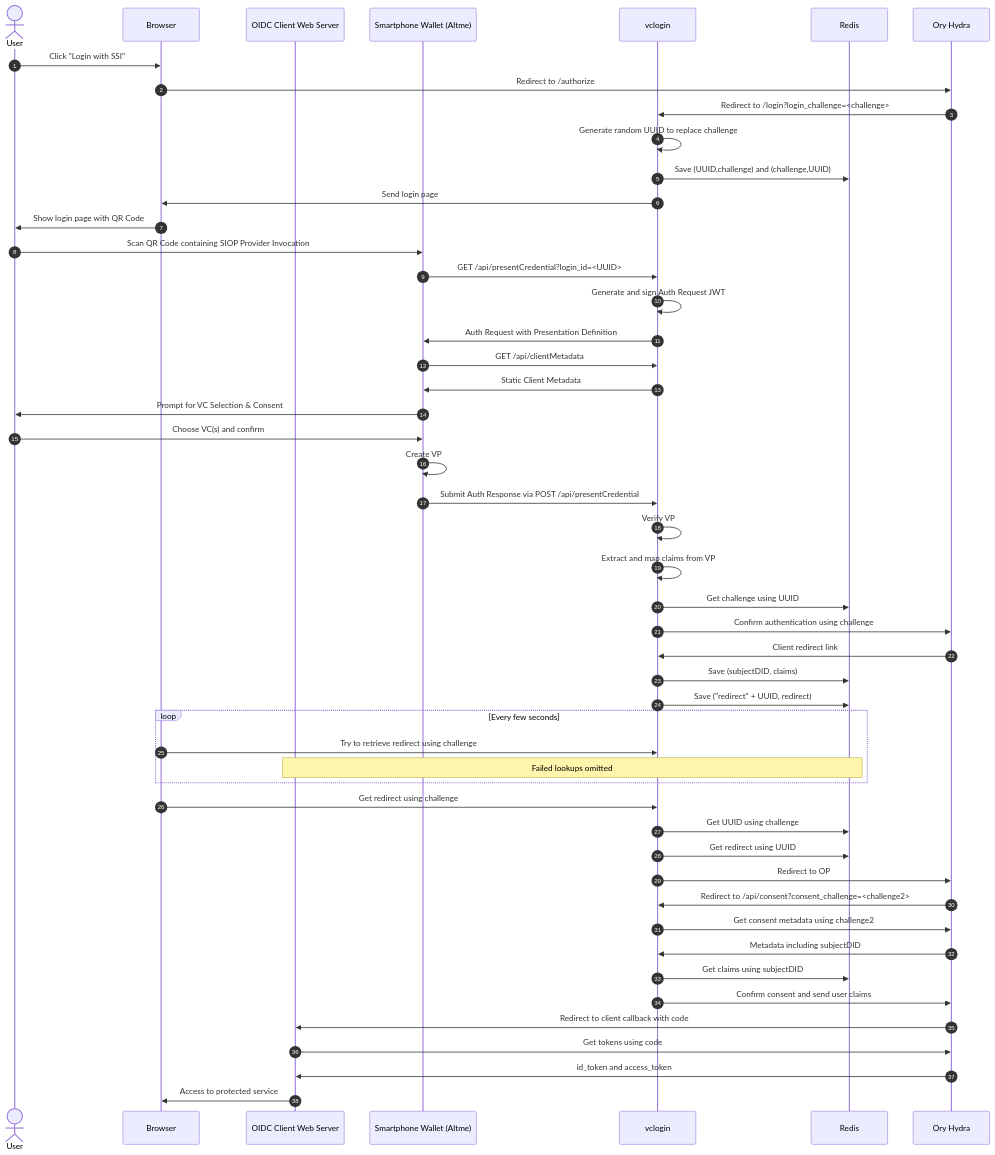
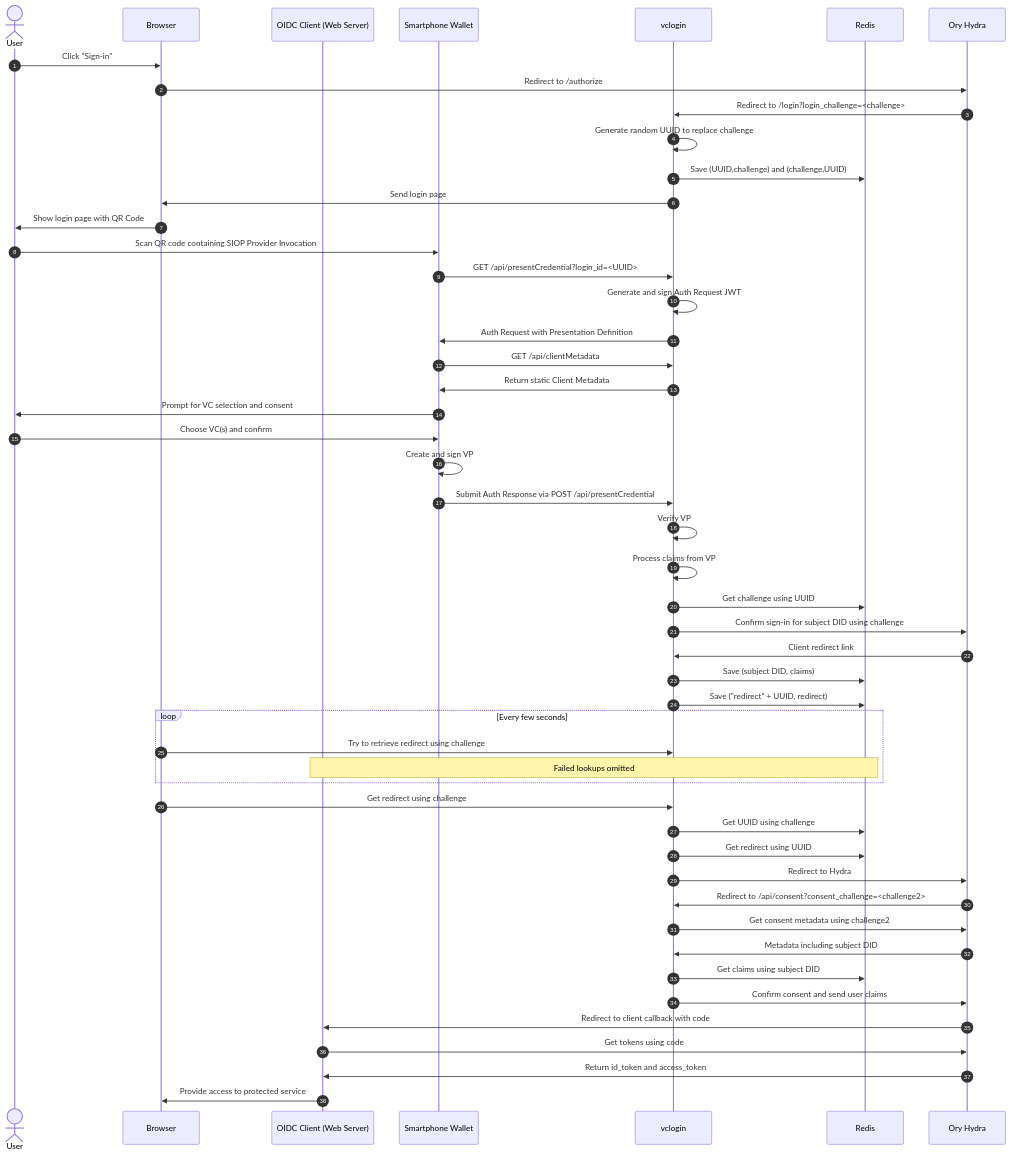
One commit to GAIA-X4PLC-AAD/ssi-to-oidc-bridge changed the second of 2 diagrams in README.md. Above: the diagram before and after it, drawn with Mermaid. The commit also changed other lines of this file, not shown here.

````diff
--- a/README.md
+++ b/README.md
@@ -50,52 +57,52 @@
 ```mermaid
 sequenceDiagram
 	autonumber
 	actor User
 	participant Browser
-	participant Client as OIDC Client Web Server
-    participant Wallet as Smartphone Wallet (Altme)
+	participant Client as OIDC Client (Web Server)
+    participant Wallet as Smartphone Wallet
     participant VPLS as vclogin
     participant Redis
     participant OP as Ory Hydra
-	User->>Browser: Click "Login with SSI"
+	User->>Browser: Click "Sign-in"
 	Browser->>OP: Redirect to /authorize
 	OP->>VPLS: Redirect to /login?login_challenge=<challenge>
 	VPLS->>VPLS: Generate random UUID to replace challenge
 	VPLS->>Redis: Save (UUID,challenge) and (challenge,UUID)
 	VPLS->>Browser: Send login page
 	Browser->>User: Show login page with QR Code
-	User->>Wallet: Scan QR Code containing SIOP Provider Invocation
+	User->>Wallet: Scan QR code containing SIOP Provider Invocation
 	Wallet->>VPLS: GET /api/presentCredential?login_id=<UUID>
 	VPLS->>VPLS: Generate and sign Auth Request JWT
 	VPLS->>Wallet: Auth Request with Presentation Definition
 	Wallet->>VPLS: GET /api/clientMetadata
-	VPLS->>Wallet: Static Client Metadata
-	Wallet->>User: Prompt for VC Selection & Consent
+	VPLS->>Wallet: Return static Client Metadata
+	Wallet->>User: Prompt for VC selection and consent
 	User->>Wallet: Choose VC(s) and confirm
-	Wallet->>Wallet: Create VP
+	Wallet->>Wallet: Create and sign VP
 	Wallet->>VPLS: Submit Auth Response via POST /api/presentCredential
 	VPLS->>VPLS: Verify VP
-	VPLS->>VPLS: Extract and map claims from VP
+	VPLS->>VPLS: Process claims from VP
 	VPLS->>Redis: Get challenge using UUID
-	VPLS->>OP: Confirm authentication using challenge
+	VPLS->>OP: Confirm sign-in for subject DID using challenge
 	OP->>VPLS: Client redirect link
-	VPLS->>Redis: Save (subjectDID, claims)
+	VPLS->>Redis: Save (subject DID, claims)
 	VPLS->>Redis: Save ("redirect" + UUID, redirect)
 	loop Every few seconds
 		Browser->>VPLS: Try to retrieve redirect using challenge
 		Note over Client,Redis: Failed lookups omitted
 	end
 	Browser->>VPLS: Get redirect using challenge
 	VPLS->>Redis: Get UUID using challenge
 	VPLS->>Redis: Get redirect using UUID
-	VPLS->>OP: Redirect to OP
+	VPLS->>OP: Redirect to Hydra
 	OP->>VPLS: Redirect to /api/consent?consent_challenge=<challenge2>
 	VPLS->>OP: Get consent metadata using challenge2
-	OP->>VPLS: Metadata including subjectDID
-	VPLS->>Redis: Get claims using subjectDID
+	OP->>VPLS: Metadata including subject DID
+	VPLS->>Redis: Get claims using subject DID
 	VPLS->>OP: Confirm consent and send user claims
 	OP->>Client: Redirect to client callback with code
 	Client->>OP: Get tokens using code
-	OP->>Client: id_token and access_token
-	Client->>Browser: Access to protected service
+	OP->>Client: Return id_token and access_token
+	Client->>Browser: Provide access to protected service
 ```
````
